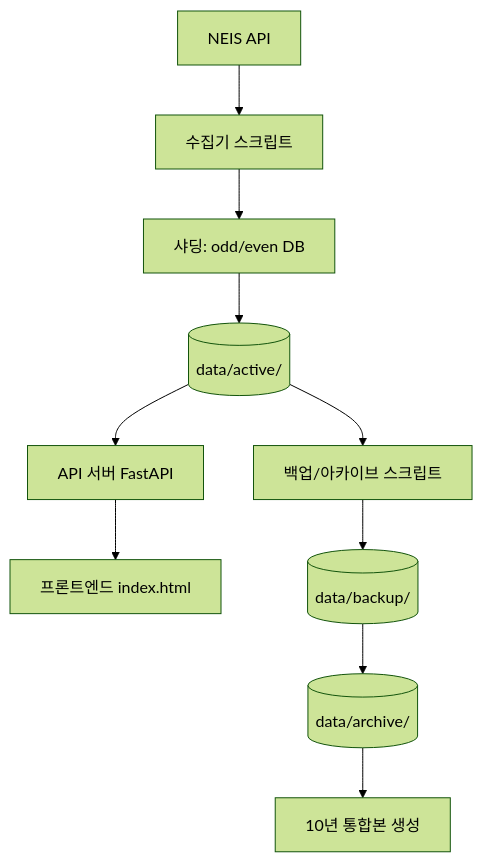
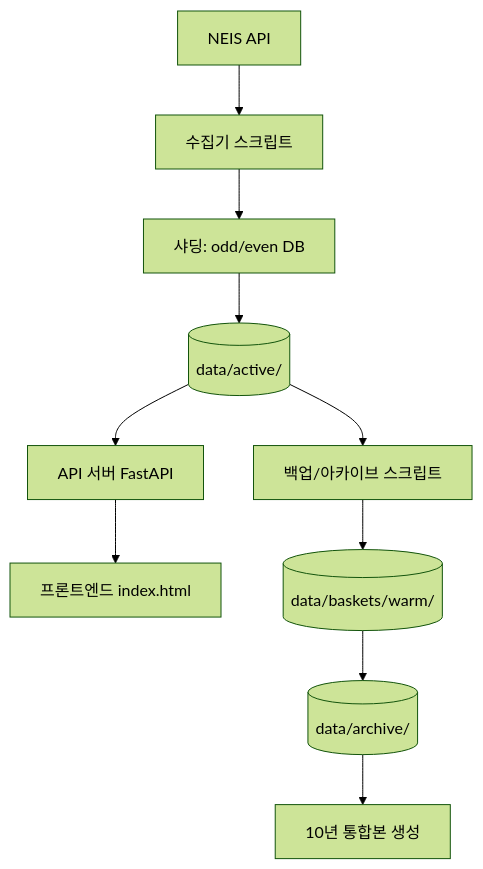
Before and after one commit to Minipark-KOR/Hi-Dunkey: the diagram in README.md, drawn with Mermaid (forest theme). The commit also changed other lines of this file and 106 other files, not shown here.

````diff
--- a/README.md
+++ b/README.md
@@ -23,12 +23,12 @@
 ```mermaid
 graph TD
     A[NEIS API] --> B[수집기 스크립트]
     B --> C[샤딩: odd/even DB]
     C --> D[(data/active/)]
     D --> E[API 서버 FastAPI]
     E --> F[프론트엔드 index.html]
     D --> G[백업/아카이브 스크립트]
-    G --> H[(data/backup/)]
+  G --> H[(data/baskets/warm/)]
     H --> I[(data/archive/)]
     I --> J[10년 통합본 생성]
 ```
````
